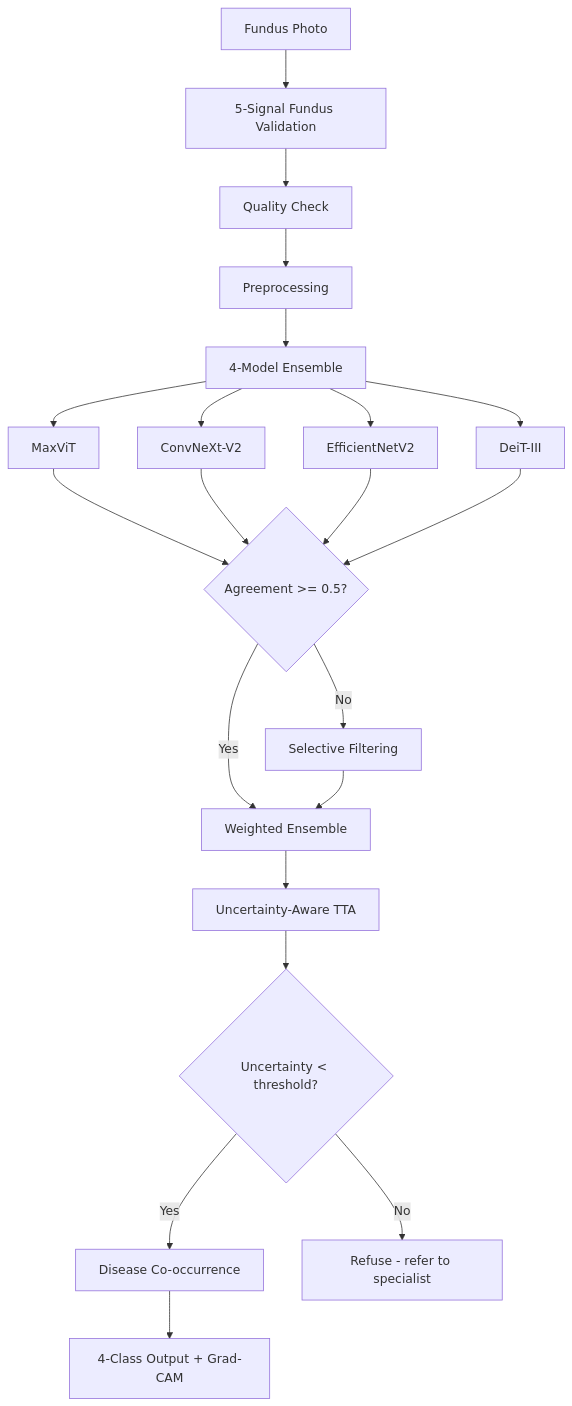
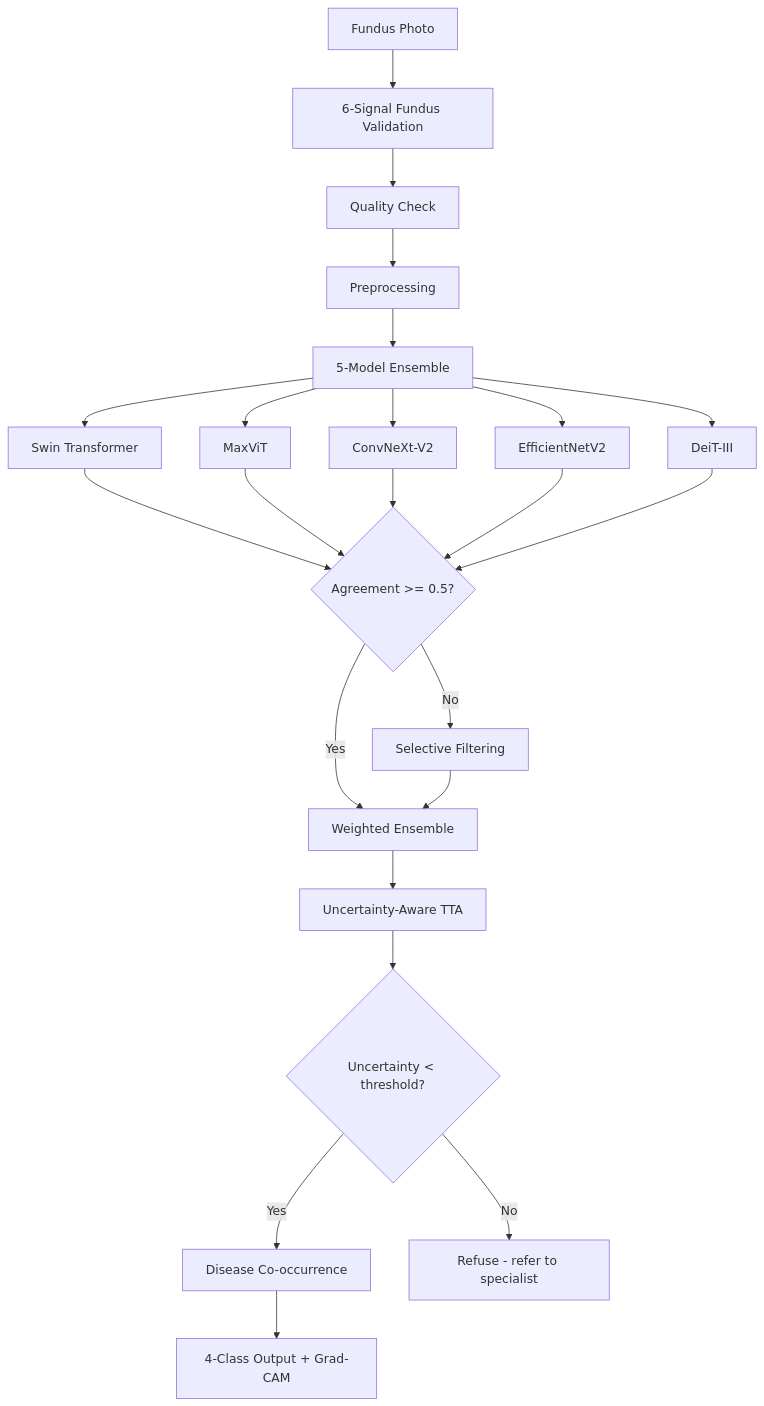
One commit to Mariakevin/FundusNet changed the diagram in README.md. Above: the diagram before and after it, drawn with Mermaid. The commit also changed other lines of this file, not shown here.

````diff
--- a/README.md
+++ b/README.md
@@ -64,24 +64,25 @@
 ```mermaid
 graph TD
-    A[Fundus Photo] --> B[5-Signal Fundus Validation]
+    A[Fundus Photo] --> B[6-Signal Fundus Validation]
     B --> C[Quality Check]
     C --> D[Preprocessing]
-    D --> E[4-Model Ensemble]
+    D --> E[5-Model Ensemble]
 
-    E --> F0[MaxViT]
-    E --> F1[ConvNeXt-V2]
-    E --> F2[EfficientNetV2]
-    E --> F3[DeiT-III]
+    E --> F0[Swin Transformer]
+    E --> F1[MaxViT]
+    E --> F2[ConvNeXt-V2]
+    E --> F3[EfficientNetV2]
+    E --> F4[DeiT-III]
 
-    F0 & F1 & F2 & F3 --> G{Agreement >= 0.5?}
+    F0 & F1 & F2 & F3 & F4 --> G{Agreement >= 0.5?}
     G -->|Yes| H[Weighted Ensemble]
     G -->|No| I[Selective Filtering]
     I --> H
 
     H --> J[Uncertainty-Aware TTA]
     J --> K{Uncertainty < threshold?}
     K -->|Yes| L[Disease Co-occurrence]
     K -->|No| M[Refuse - refer to specialist]
 
     L --> N[4-Class Output + Grad-CAM]
 ```
````
